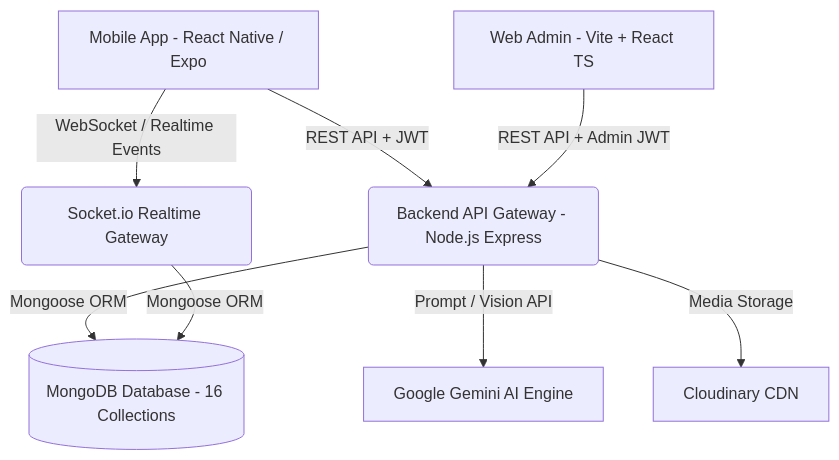
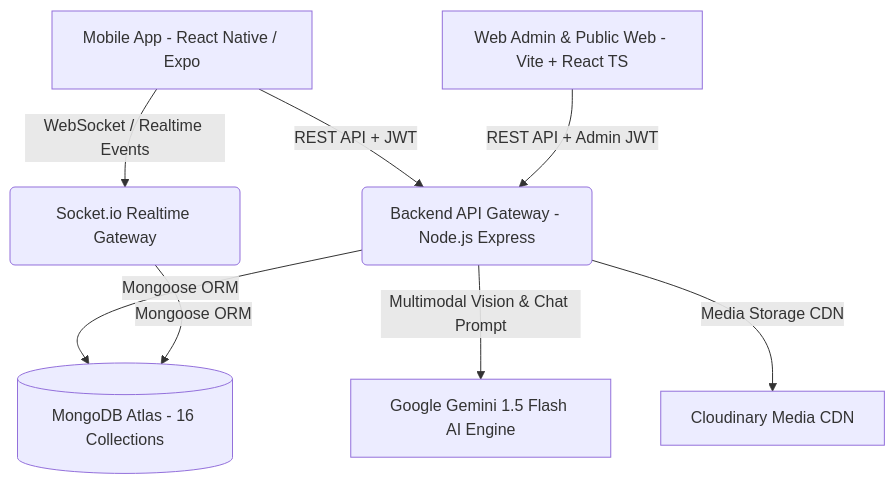
The first of 2 diagrams in IMPLEMENTATION_PLAN.md (DevTurtle-Hub/smartcook-backend), drawn with Mermaid before and after one commit. The commit also changed other lines of this file, not shown here.

Commit message:
docs: update IMPLEMENTATION_PLAN.md with full mobile gap analysis and 8-phase roadmap

````diff
--- a/IMPLEMENTATION_PLAN.md
+++ b/IMPLEMENTATION_PLAN.md
@@ -10,10 +10,10 @@
 ```mermaid
 graph TD
     A[Mobile App - React Native / Expo] -->|REST API + JWT| C(Backend API Gateway - Node.js Express)
     A -->|WebSocket / Realtime Events| S(Socket.io Realtime Gateway)
-    B[Web Admin - Vite + React TS] -->|REST API + Admin JWT| C
-    C -->|Mongoose ORM| D[(MongoDB Database - 16 Collections)]
+    B[Web Admin & Public Web - Vite + React TS] -->|REST API + Admin JWT| C
+    C -->|Mongoose ORM| D[(MongoDB Atlas - 16 Collections)]
     S -->|Mongoose ORM| D
-    C -->|Prompt / Vision API| E[Google Gemini AI Engine]
-    C -->|Media Storage| F[Cloudinary CDN]
+    C -->|Multimodal Vision & Chat Prompt| E[Google Gemini 1.5 Flash AI Engine]
+    C -->|Media Storage CDN| F[Cloudinary Media CDN]
 ```
````
